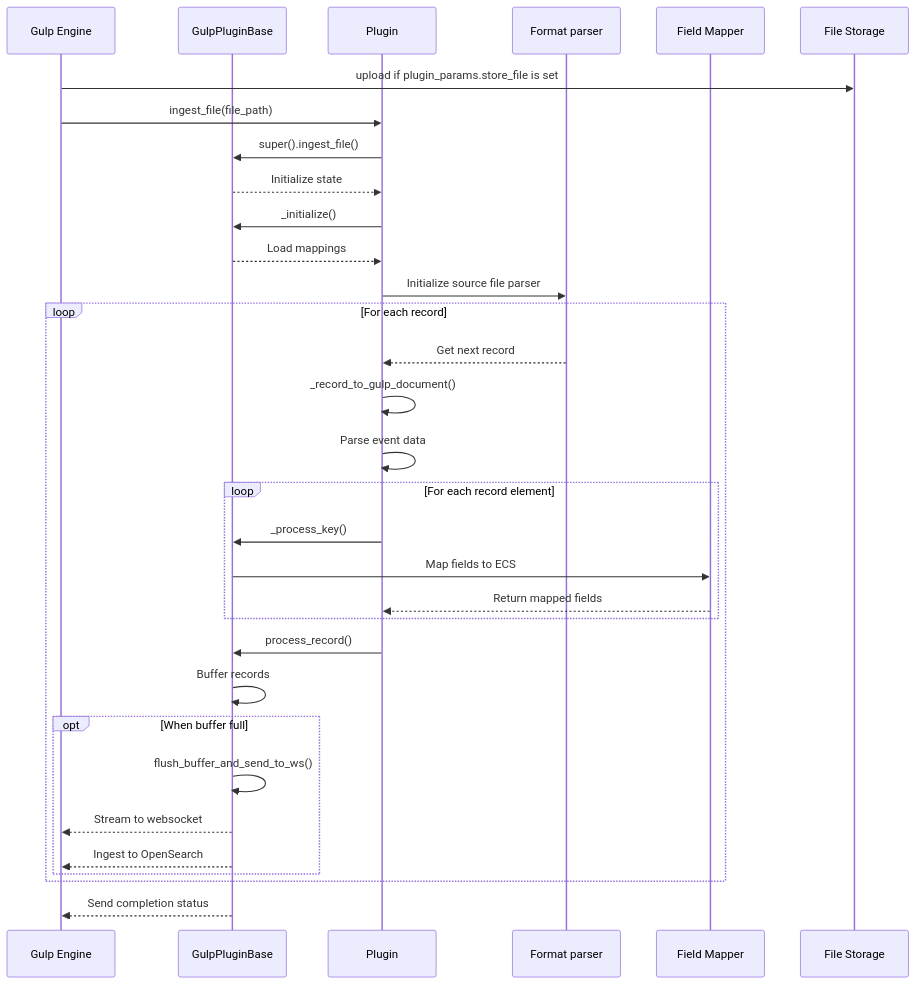
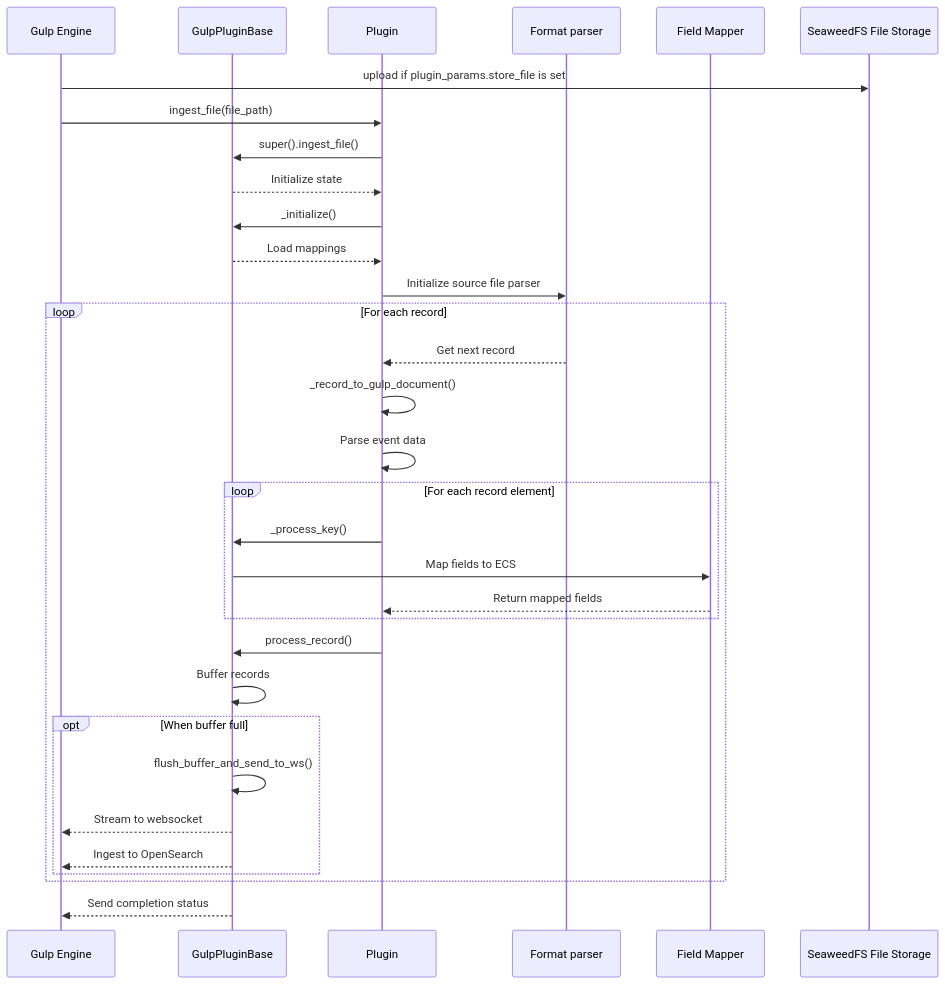
One commit to mentat-is/gulp changed the first of 5 diagrams in docs/plugins_and_mapping.md. Above: the diagram before and after it, drawn with Mermaid. The commit also changed other lines of this file and 31 other files, not shown here.

```diff
--- a/docs/plugins_and_mapping.md
+++ b/docs/plugins_and_mapping.md
@@ -225,40 +225,40 @@
 ~~~mermaid
 sequenceDiagram
     participant Engine as Gulp Engine
     participant Base as GulpPluginBase
     participant Plugin as Plugin
     participant Parser as Format parser
     participant Mapper as Field Mapper
-    participant MinIO as File Storage
+    participant Storage as SeaweedFS File Storage
     
-    Engine->>MinIO: upload if plugin_params.store_file is set
+    Engine->>Storage: upload if plugin_params.store_file is set
     Engine->>Plugin: ingest_file(file_path)
     Plugin->>Base: super().ingest_file()
     Base-->>Plugin: Initialize state
     Plugin->>Base: _initialize()
     Base-->>Plugin: Load mappings
 
     Plugin->>Parser: Initialize source file parser
 
     loop For each record
         Parser-->>Plugin: Get next record
         Plugin->>Plugin: _record_to_gulp_document()
         Plugin->>Plugin: Parse event data
 
         loop For each record element
             Plugin->>Base: _process_key()
             Base->>Mapper: Map fields to ECS
             Mapper-->>Plugin: Return mapped fields
         end
 
         Plugin->>Base: process_record()
         Base->>Base: Buffer records
         opt When buffer full
             Base->>Base: flush_buffer_and_send_to_ws()
             Base-->>Engine: Stream to websocket
             Base-->>Engine: Ingest to OpenSearch
         end
     end
 
     Base-->>Engine: Send completion status
 ~~~
```
